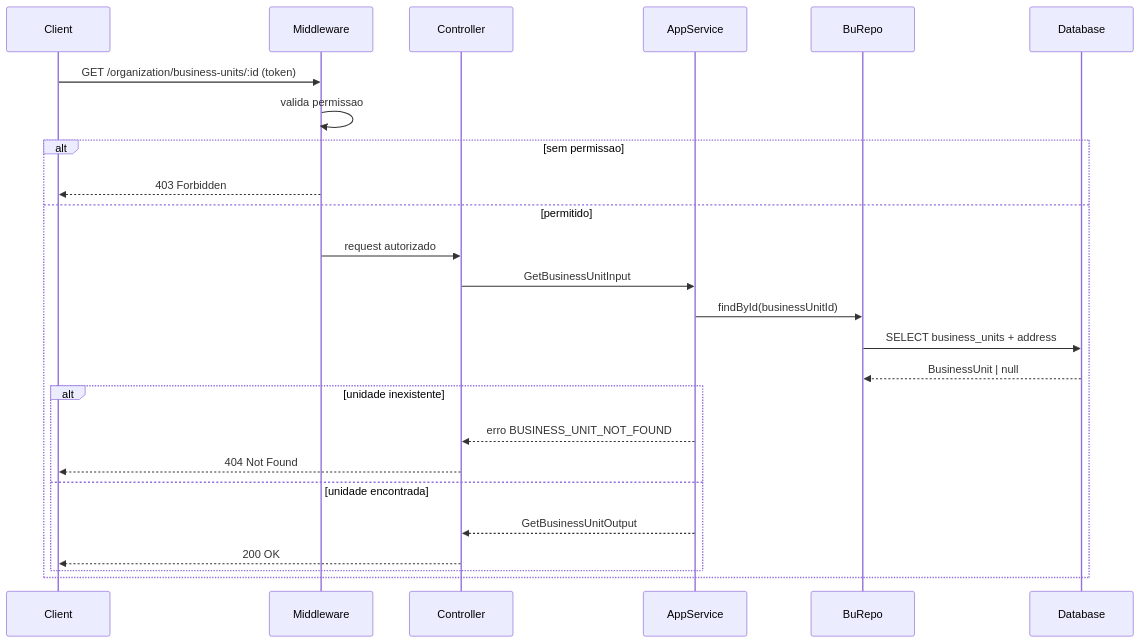
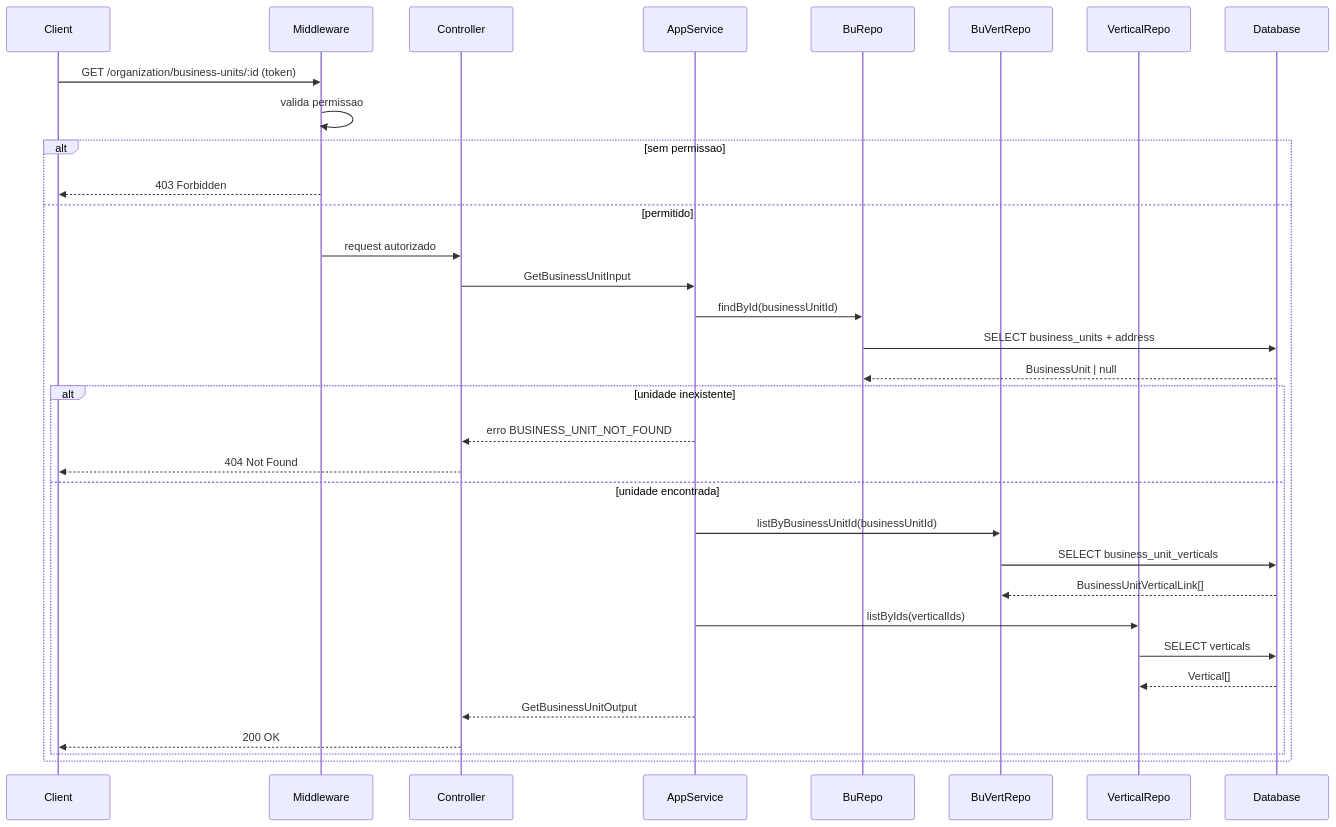
One commit to CSousa-Dev/smart-delivery changed the second of 8 diagrams in specs/modules/organization/08-get-business-unit/design.md. Above: the diagram before and after it, drawn with Mermaid. The commit also changed other lines of this file and 107 other files, not shown here.

````diff
--- a/specs/modules/organization/08-get-business-unit/design.md
+++ b/specs/modules/organization/08-get-business-unit/design.md
@@ -112,31 +157,41 @@
 ```mermaid
 sequenceDiagram
     participant Client
     participant Middleware
     participant Controller
     participant AppService
     participant BuRepo
+    participant BuVertRepo
+    participant VerticalRepo
     participant Database
 
     Client->>Middleware: GET /organization/business-units/:id (token)
     Middleware->>Middleware: valida permissao
 
     alt sem permissao
         Middleware-->>Client: 403 Forbidden
     else permitido
         Middleware->>Controller: request autorizado
         Controller->>AppService: GetBusinessUnitInput
 
         AppService->>BuRepo: findById(businessUnitId)
         BuRepo->>Database: SELECT business_units + address
         Database-->>BuRepo: BusinessUnit | null
 
         alt unidade inexistente
             AppService-->>Controller: erro BUSINESS_UNIT_NOT_FOUND
             Controller-->>Client: 404 Not Found
         else unidade encontrada
+            AppService->>BuVertRepo: listByBusinessUnitId(businessUnitId)
+            BuVertRepo->>Database: SELECT business_unit_verticals
+            Database-->>BuVertRepo: BusinessUnitVerticalLink[]
+
+            AppService->>VerticalRepo: listByIds(verticalIds)
+            VerticalRepo->>Database: SELECT verticals
+            Database-->>VerticalRepo: Vertical[]
+
             AppService-->>Controller: GetBusinessUnitOutput
             Controller-->>Client: 200 OK
         end
     end
 ```
````
